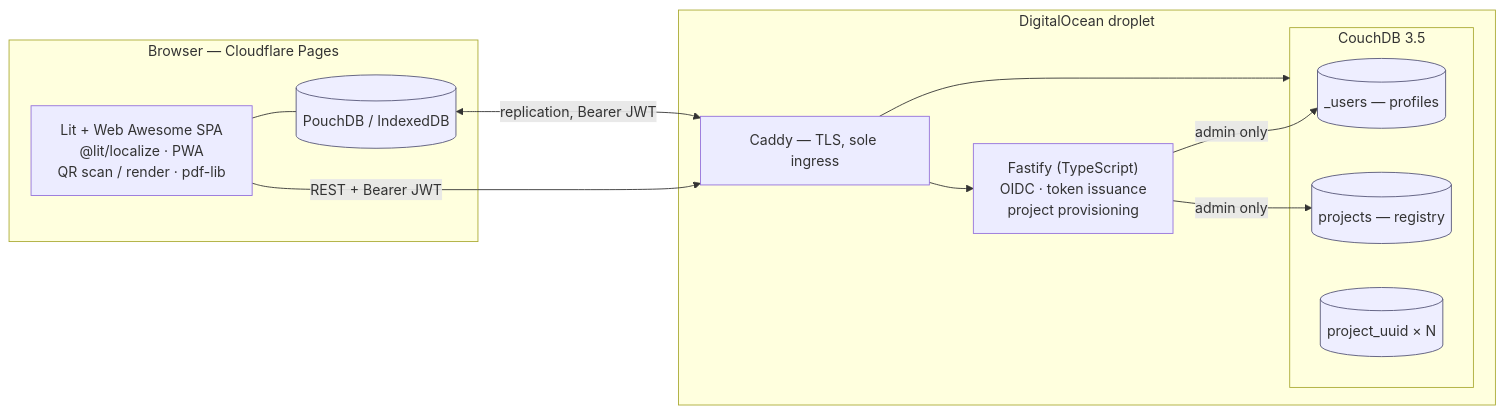
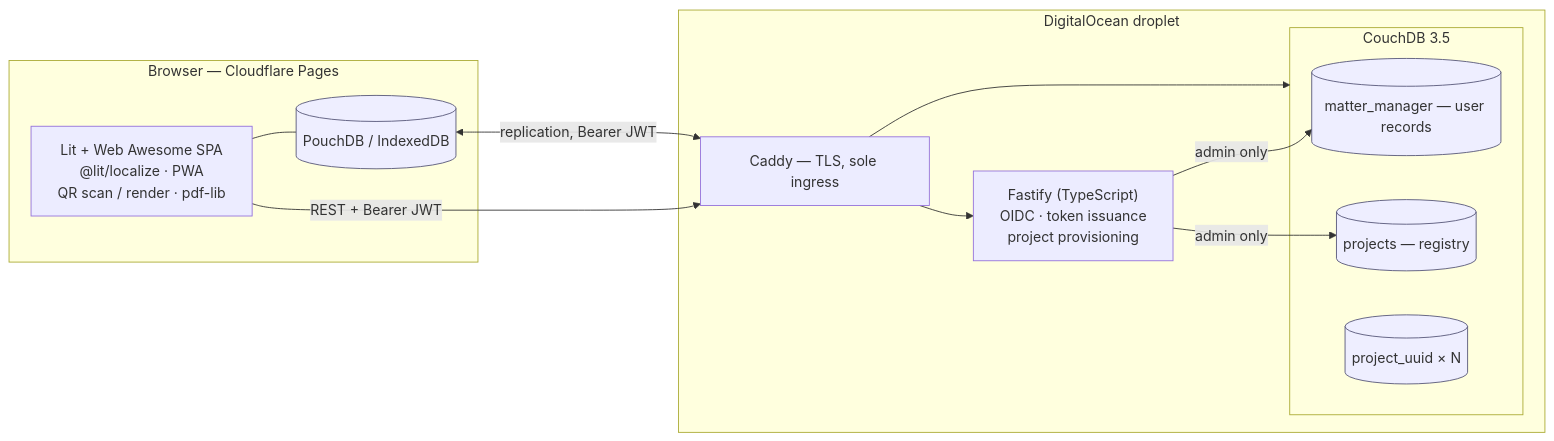
One commit to beyonddemise/matter-manager changed the diagram in README.md. Above: the diagram before and after it, drawn with Mermaid. The commit also changed 10 other files, not shown here.

````diff
--- a/README.md
+++ b/README.md
@@ -60,28 +60,28 @@
 ```mermaid
 flowchart LR
   subgraph B["Browser — Cloudflare Pages"]
     UI["Lit + Web Awesome SPA<br/>@lit/localize · PWA<br/>QR scan / render · pdf-lib"]
     LOCAL[("PouchDB / IndexedDB")]
     UI --- LOCAL
   end
 
   subgraph D["DigitalOcean droplet"]
     CADDY["Caddy — TLS, sole ingress"]
     API["Fastify (TypeScript)<br/>OIDC · token issuance<br/>project provisioning"]
     subgraph CDB["CouchDB 3.5"]
-      USERS[("_users — profiles")]
+      USERS[("matter_manager — user records")]
       REG[("projects — registry")]
       PROJ[("project_uuid × N")]
     end
     CADDY --> API
     CADDY --> CDB
     API -->|admin only| USERS
     API -->|admin only| REG
   end
 
   UI -->|"REST + Bearer JWT"| CADDY
   LOCAL <-->|"replication, Bearer JWT"| CADDY
 
   classDef store fill:#eef,stroke:#557
   class LOCAL,USERS,REG,PROJ store
 ```
````
